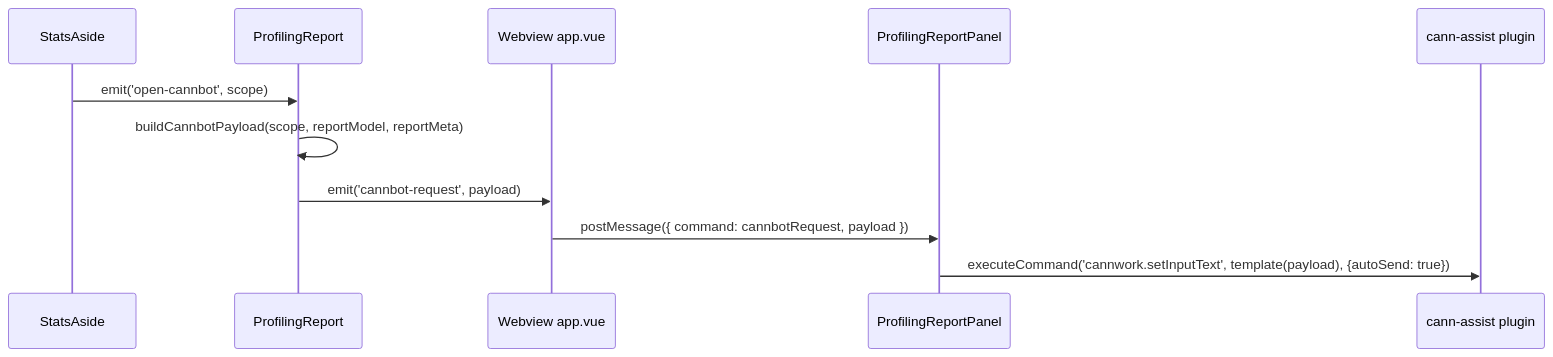
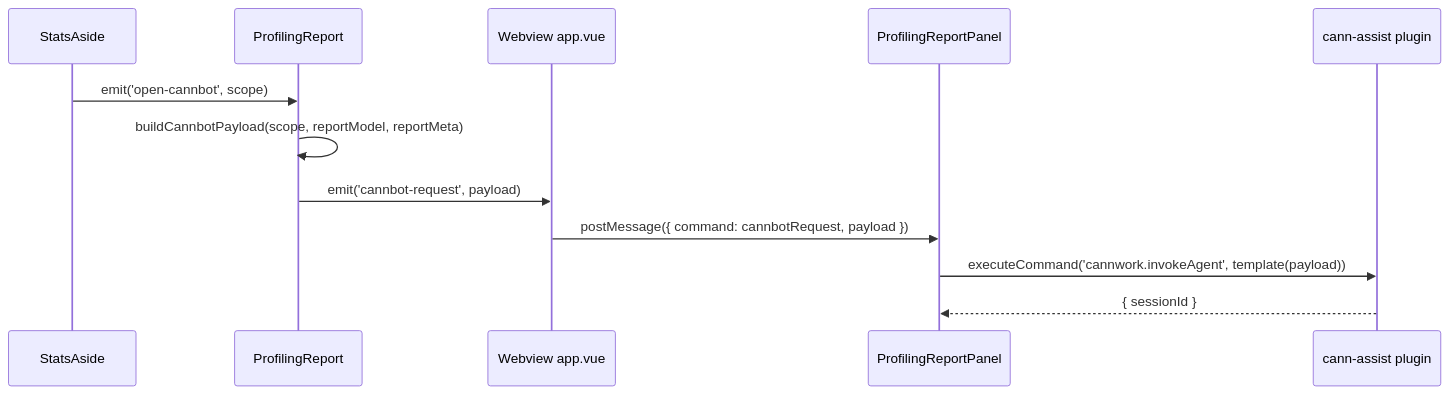
One commit to IdeFrontend/opdev_plugin changed the second of 2 diagrams in docs/profiling-report-integration.md. Above: the diagram before and after it, drawn with Mermaid. The commit also changed other lines of this file and 3 other files, not shown here.

````diff
--- a/docs/profiling-report-integration.md
+++ b/docs/profiling-report-integration.md
@@ -107,14 +107,15 @@
 ```mermaid
 sequenceDiagram
   participant Aside as StatsAside
   participant Comp as ProfilingReport
   participant WV as Webview app.vue
   participant Panel as ProfilingReportPanel
   participant Cann as cann-assist plugin
 
   Aside->>Comp: emit('open-cannbot', scope)
   Comp->>Comp: buildCannbotPayload(scope, reportModel, reportMeta)
   Comp->>WV: emit('cannbot-request', payload)
   WV->>Panel: postMessage({ command: cannbotRequest, payload })
-  Panel->>Cann: executeCommand('cannwork.setInputText', template(payload), {autoSend: true})
+  Panel->>Cann: executeCommand('cannwork.invokeAgent', template(payload))
+  Cann-->>Panel: { sessionId }
 ```
````
